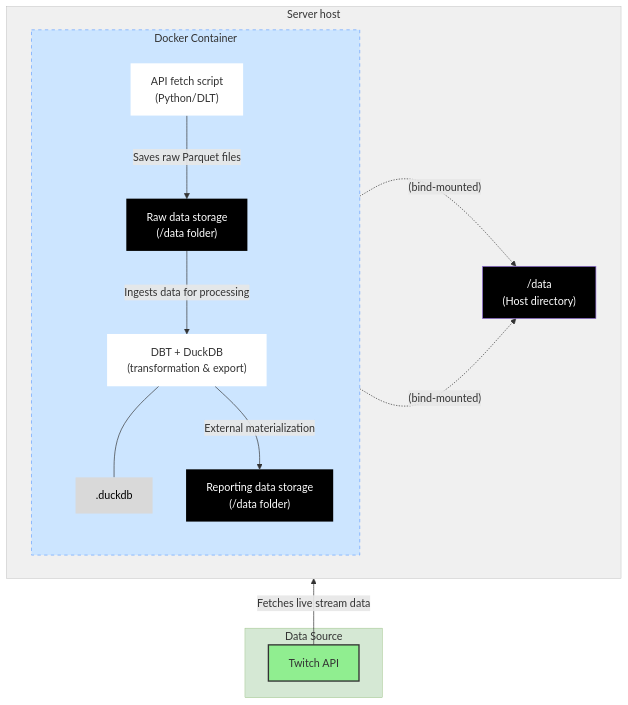
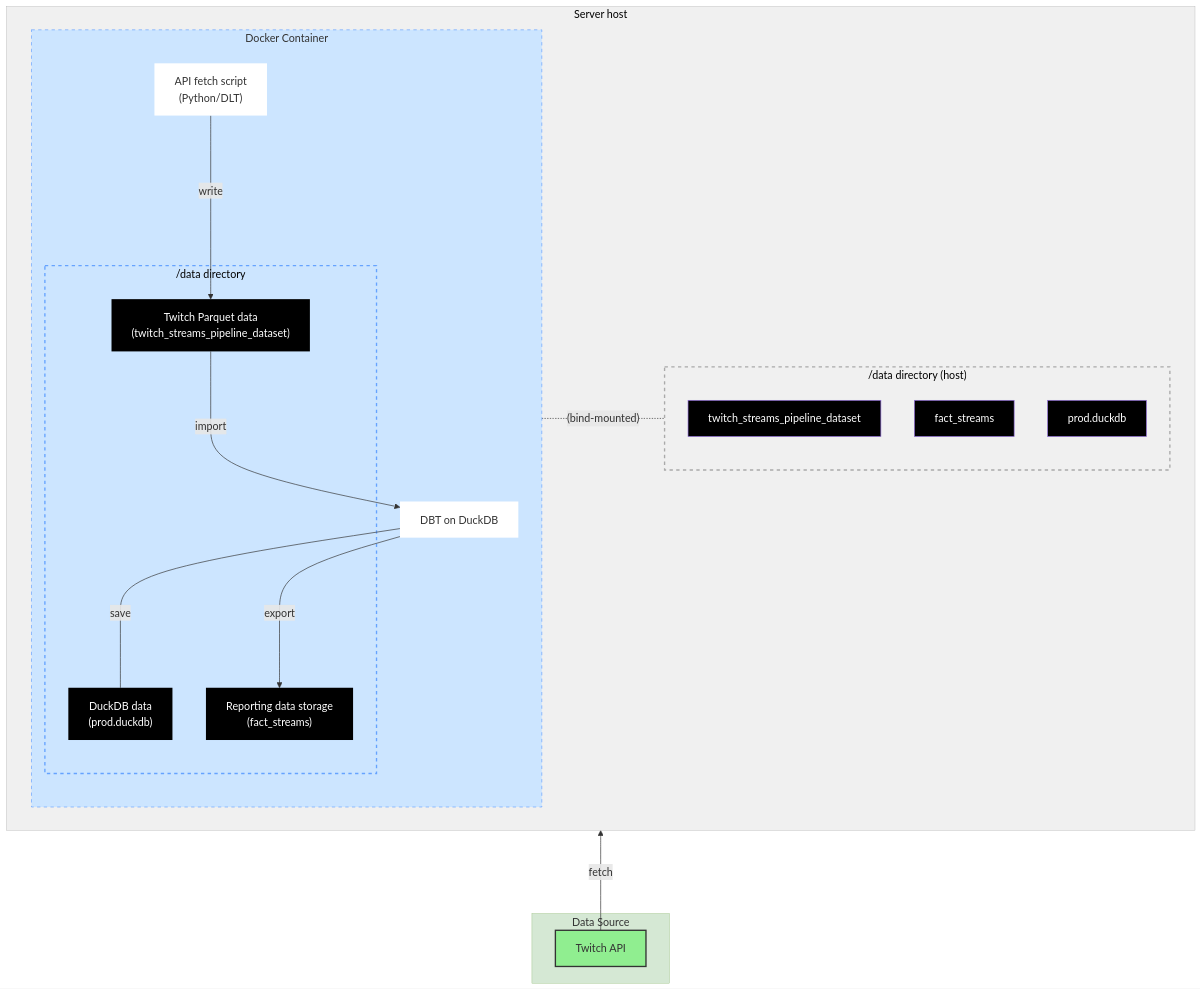
One commit to gabriellegall/twitch_bi changed the first of 2 diagrams in README.md. Above: the diagram before and after it, drawn with Mermaid.

````diff
--- a/README.md
+++ b/README.md
@@ -9,44 +9,52 @@
 ```mermaid
 graph BT;
 
     %% Subgraph Definitions
     subgraph DS ["Data Source"]
         A[Twitch API]
     end
 
     subgraph VPS [Server host]
+        subgraph s2["/data directory (host)"]
+            n6["twitch_streams_pipeline_dataset"]
+            n5["fact_streams"]
+            n2["prod.duckdb"]
+        end
         direction LR
         subgraph DockerContainer [Docker Container]
+            subgraph s1["/data directory"]
+                n3["DuckDB data<br>data/prod.duckdb"]
+                n1["Reporting data storage<br>(data/fact_streams.parquet)"]
+                n4["twitch_streams_pipeline_dataset"]
+            end
             direction TB
-            n3[".duckdb"]
-            n1["Reporting data storage<br>(/data folder)"]
             D["DBT + DuckDB<br>(transformation & export)"]
-            C["Raw data storage<br>(/data folder)"]
             B["API fetch script<br>(Python/DLT)"]
         end
-        n2["/data<br>(Host directory)"]
     end
 
     %% Data Flow
-    A -- "Fetches live stream data" --> B
-    B -- "Saves raw Parquet files" --> C
-    C -- "Ingests data for processing" --> D
-    D -- "External materialization" --> n1
-    D --- n3
-
-    %% Bind mount representation (using dotted lines)
-    C -. "(bind-mounted)" .-> n2
-    n1 -. "(bind-mounted)" .-> n2
+    A --->|"fetch"| B
+    D --->|"export"| n1["Reporting data storage<br>(fact_streams)"]
+    D ----|"save"| n3["DuckDB data<br>(prod.duckdb)"]
+    B --->|"write"| n4
+    n4["Twitch Parquet data<br>(twitch_streams_pipeline_dataset)"] ---> |"import"| D["DBT on DuckDB"]
+    %% Bind Mount Connection (Updated)
+    s1 -.- |"(bind-mounted)"| s2
 
     %% Styling
     style A fill:#90ee90,stroke:#333,stroke-width:2px
-    style VPS fill:#f0f0f0,stroke:#aaa,stroke-width:0.5px
     style DS fill:#D5E8D4,stroke:#82B366,stroke-width:0.5px
     style B fill:#FFFFFF,stroke-width:0px
     style D fill:#FFFFFF,stroke-width:0px
     style DockerContainer fill:#cce5ff,stroke:#66a3ff,stroke-width:1px,stroke-dasharray:5 5
     style n1 color:#FFFFFF,stroke-width:0px,fill:#000000
-    style C color:#FFFFFF,fill:#000000,stroke-width:0px
-    style n2 fill:#000000,color:#FFFFFF
-    style n3 color:#000000,fill:#D9D9D9,stroke-width:0px,stroke:#000000
+    style s1 color:#000000, fill:#cce5ff,stroke:#66a3ff,stroke-width:2px,stroke-dasharray:5 5
+    style n3 color:#FFFFFF,fill:#000000,stroke-width:0px,stroke:#000000
+    style n4 color:#FFFFFF,fill:#000000,stroke-width:0px,stroke:#D9D9D9
+    style n2 color:#FFFFFF,fill:#000000
+    style n5 color:#FFFFFF,fill:#000000
+    style n6 color:#FFFFFF,fill:#000000
+    style VPS fill:#f0f0f0,stroke:#aaa,stroke-width:0.5px,color:#000000
+    style s2 stroke:#aaa,stroke-width:2px,fill:#f0f0f0,color:#000000,stroke-dasharray:5 5
 ```
````
